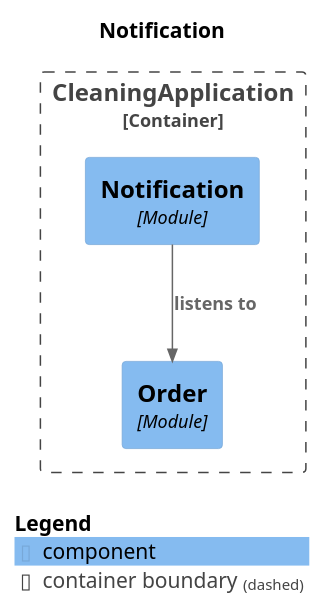
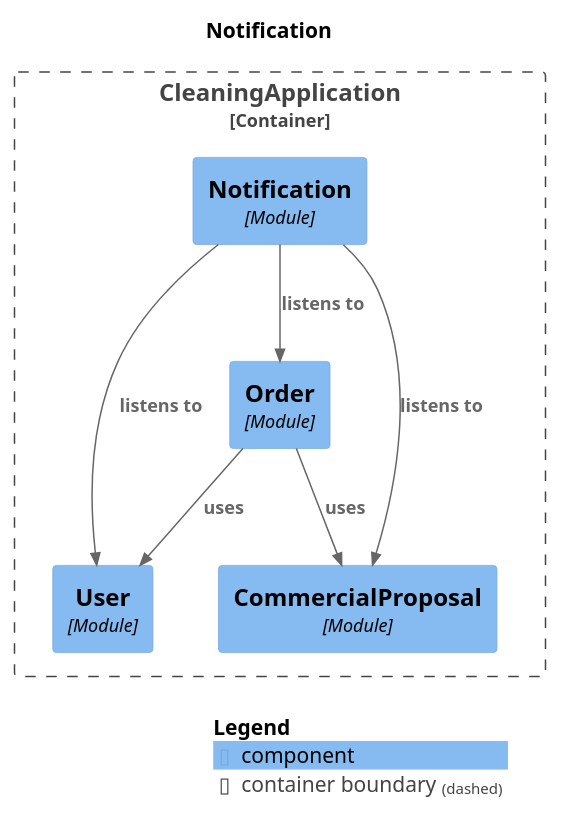
Before and after one commit to Born2Flex/cleaning: the diagram in documentation/module-notification.puml, drawn with PlantUML. The commit also changed 3 other files, not shown here.

```diff
--- a/documentation/module-notification.puml
+++ b/documentation/module-notification.puml
@@ -1,19 +1,25 @@
 @startuml
 set separator none
 title Notification
 
 top to bottom direction
 
 !include <C4/C4>
 !include <C4/C4_Context>
 !include <C4/C4_Component>
 
 Container_Boundary("CleaningApplication.CleaningApplication_boundary", "CleaningApplication", $tags="") {
   Component(CleaningApplication.CleaningApplication.Notification, "Notification", $techn="Module", $descr="", $tags="", $link="")
+  Component(CleaningApplication.CleaningApplication.User, "User", $techn="Module", $descr="", $tags="", $link="")
+  Component(CleaningApplication.CleaningApplication.CommercialProposal, "CommercialProposal", $techn="Module", $descr="", $tags="", $link="")
   Component(CleaningApplication.CleaningApplication.Order, "Order", $techn="Module", $descr="", $tags="", $link="")
 }
 
+Rel(CleaningApplication.CleaningApplication.Order, CleaningApplication.CleaningApplication.User, "uses", $techn="", $tags="", $link="")
+Rel(CleaningApplication.CleaningApplication.Order, CleaningApplication.CleaningApplication.CommercialProposal, "uses", $techn="", $tags="", $link="")
+Rel(CleaningApplication.CleaningApplication.Notification, CleaningApplication.CleaningApplication.User, "listens to", $techn="", $tags="", $link="")
+Rel(CleaningApplication.CleaningApplication.Notification, CleaningApplication.CleaningApplication.CommercialProposal, "listens to", $techn="", $tags="", $link="")
 Rel(CleaningApplication.CleaningApplication.Notification, CleaningApplication.CleaningApplication.Order, "listens to", $techn="", $tags="", $link="")
 
 SHOW_LEGEND(true)
 @enduml
```
